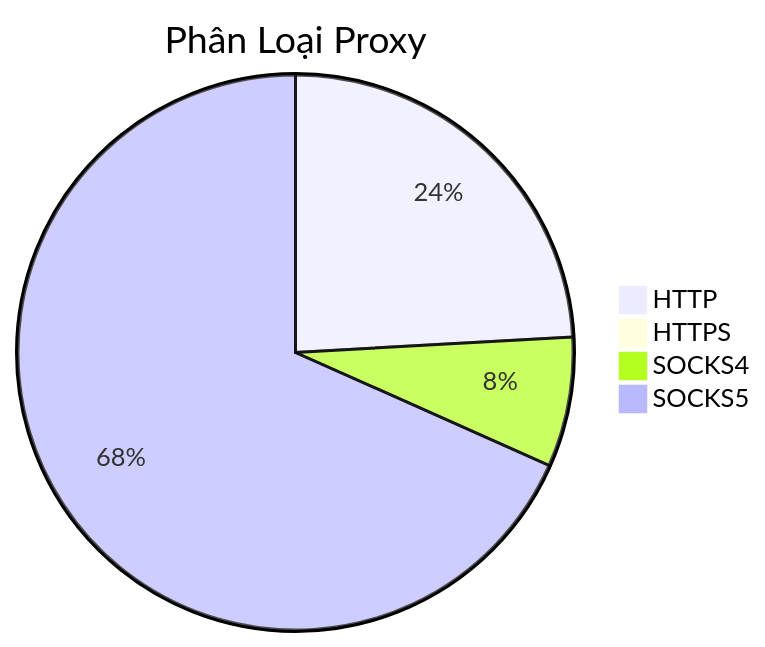
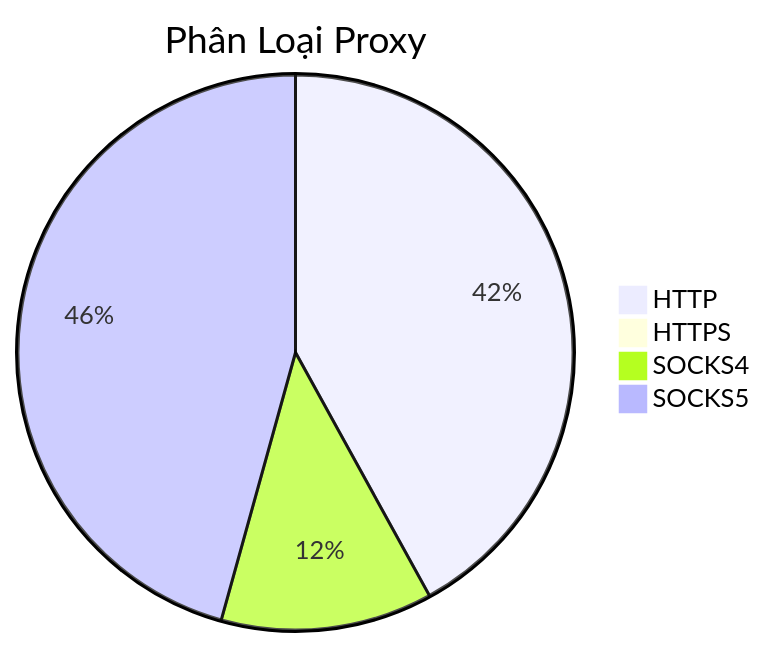
One commit to Ciara-Aa/PROXY-free changed the diagram in README.md. Above: the diagram before and after it, drawn with Mermaid. The commit also changed other lines of this file and 4 other files, not shown here.

````diff
--- a/README.md
+++ b/README.md
@@ -26,7 +26,7 @@
 ```mermaid
 pie title Phân Loại Proxy
-    "HTTP" : 995
-    "HTTPS" : 1
-    "SOCKS4" : 312
-    "SOCKS5" : 2820
+    "HTTP" : 828
+    "HTTPS" : 3
+    "SOCKS4" : 243
+    "SOCKS5" : 901
 ```
````
